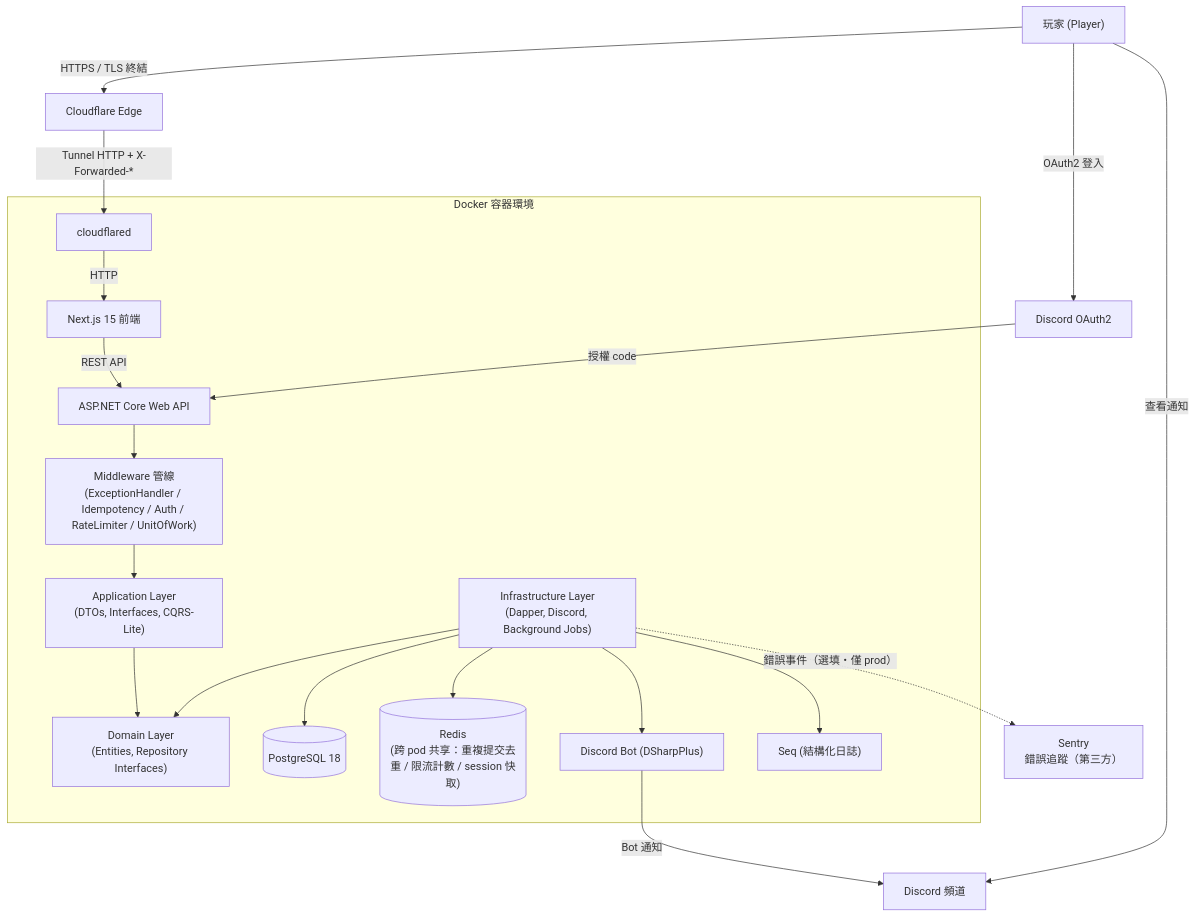
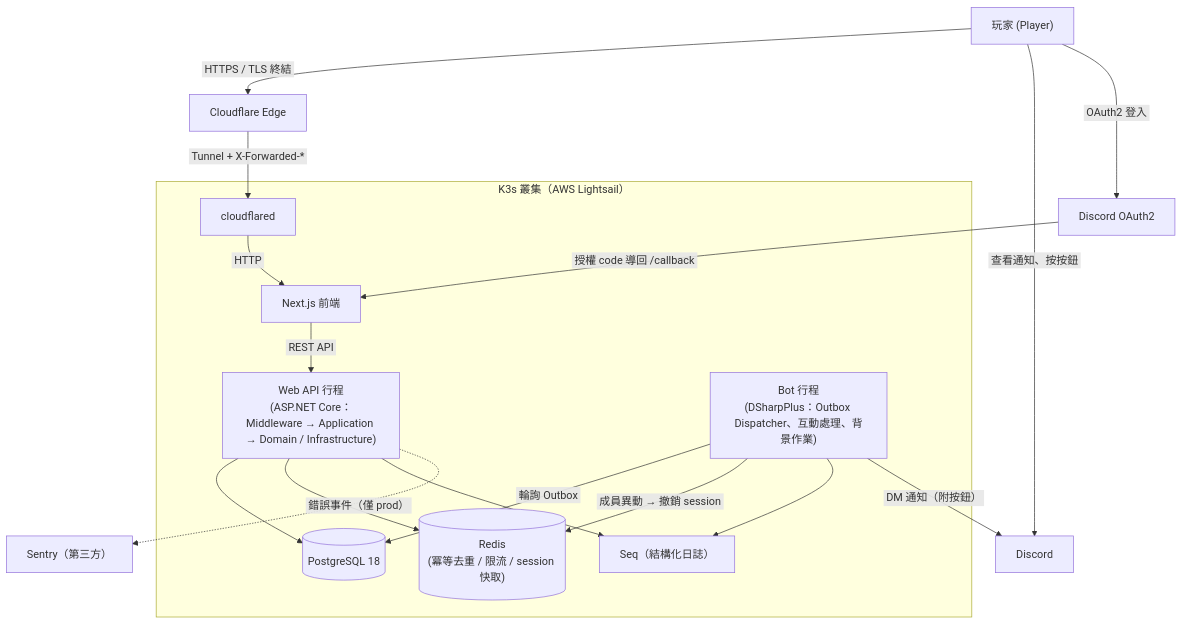
The first of 11 diagrams in docs/architecture.md (MinMiss5678/MapleStoryRaidScheduler), drawn with Mermaid before and after one commit. The commit also changed other lines of this file, not shown here.

Commit message:
docs(architecture): 高階圖改為執行視角，同步 outbox 退避與 CI 關卡
- 高階架構圖只畫執行時元件：Web API 與 Bot 為兩個獨立行程、共用同一套分層程式碼；
  移除錯誤的 Infrastructure → Bot 直接呼叫，改畫 Bot 輪詢 Outbox、撤銷 session；
  部署環境改為 K3s（AWS Lightsail）；OAuth code 導回前端 /callback
- 修正 mermaid 匯出 PNG 標籤被截斷：固定字型、標籤前後加空白、換行改 <br/>
- §7 Outbox：重試改為指數退避 + 有效期限、送出前失效檢查、新索引
- CI 段：補上 inspectcode、secrets、nuget-vulnerable、CodeQL、Dependabot

````diff
--- a/docs/architecture.md
+++ b/docs/architecture.md
@@ -11,26 +13,25 @@
 ```mermaid
+%%{init: {"themeVariables": {"fontFamily": "Microsoft JhengHei, Arial, sans-serif"}}}%%
 graph TD
-    User["玩家 (Player)"] -->|HTTPS / TLS 終結| Cloudflare["Cloudflare Edge"]
-    Cloudflare -->|Tunnel HTTP + X-Forwarded-*| Cloudflared["cloudflared"]
+    User["玩家 (Player)"] -->|"&nbsp;HTTPS / TLS 終結&nbsp;"| Cloudflare["Cloudflare Edge"]
+    Cloudflare -->|"&nbsp;Tunnel + X-Forwarded-*&nbsp;"| Cloudflared["cloudflared"]
 
-    subgraph "Docker 容器環境"
-        Cloudflared -->|HTTP| Frontend["Next.js 15 前端"]
-        Frontend -->|REST API| Backend["ASP.NET Core Web API"]
-        Backend --> Middleware["Middleware 管線\n(ExceptionHandler / Idempotency / Auth / RateLimiter / UnitOfWork)"]
-        Middleware --> Application["Application Layer\n(DTOs, Interfaces, CQRS-Lite)"]
-        Application --> Domain["Domain Layer\n(Entities, Repository Interfaces)"]
-        Infrastructure["Infrastructure Layer\n(Dapper, Discord, Background Jobs)"] --> Domain
+    subgraph K3s["K3s 叢集（AWS Lightsail）"]
+        Cloudflared -->|"&nbsp;HTTP&nbsp;"| Frontend["Next.js 前端"]
+        Frontend -->|"&nbsp;REST API&nbsp;"| Backend["Web API 行程<br/>(ASP.NET Core：Middleware → Application → Domain / Infrastructure)"]
+        Bot["Bot 行程<br/>(DSharpPlus：Outbox Dispatcher、互動處理、背景作業)"]
 
-        Infrastructure --> DB[("PostgreSQL 18")]
-        Infrastructure --> Redis[("Redis\n(跨 pod 共享：重複提交去重 / 限流計數 / session 快取)")]
-        Infrastructure --> DiscordBot["Discord Bot (DSharpPlus)"]
-        Infrastructure --> Seq["Seq (結構化日誌)"]
+        Backend --> DB[("PostgreSQL 18")]
+        Backend --> Redis[("Redis<br/>(冪等去重 / 限流 / session 快取)")]
+        Bot -->|"&nbsp;輪詢 Outbox&nbsp;"| DB
+        Bot -->|"&nbsp;成員異動 → 撤銷 session&nbsp;"| Redis
+        Backend --> Seq["Seq（結構化日誌）"]
+        Bot --> Seq
     end
 
-    DiscordBot -->|Bot 通知| DiscordChannel["Discord 頻道"]
-    User -->|查看通知| DiscordChannel
-    User -->|OAuth2 登入| DiscordOAuth["Discord OAuth2"]
-    DiscordOAuth -->|授權 code| Backend
-
-    Infrastructure -.->|"錯誤事件（選填・僅 prod）"| Sentry["Sentry\n錯誤追蹤（第三方）"]
+    Bot -->|"&nbsp;DM 通知（附按鈕）&nbsp;"| Discord["Discord"]
+    User -->|"&nbsp;查看通知、按按鈕&nbsp;"| Discord
+    User -->|"&nbsp;OAuth2 登入&nbsp;"| DiscordOAuth["Discord OAuth2"]
+    DiscordOAuth -->|"&nbsp;授權 code 導回 /callback&nbsp;"| Frontend
+    Backend -.->|"&nbsp;錯誤事件（僅 prod）&nbsp;"| Sentry["Sentry（第三方）"]
 ```
````
